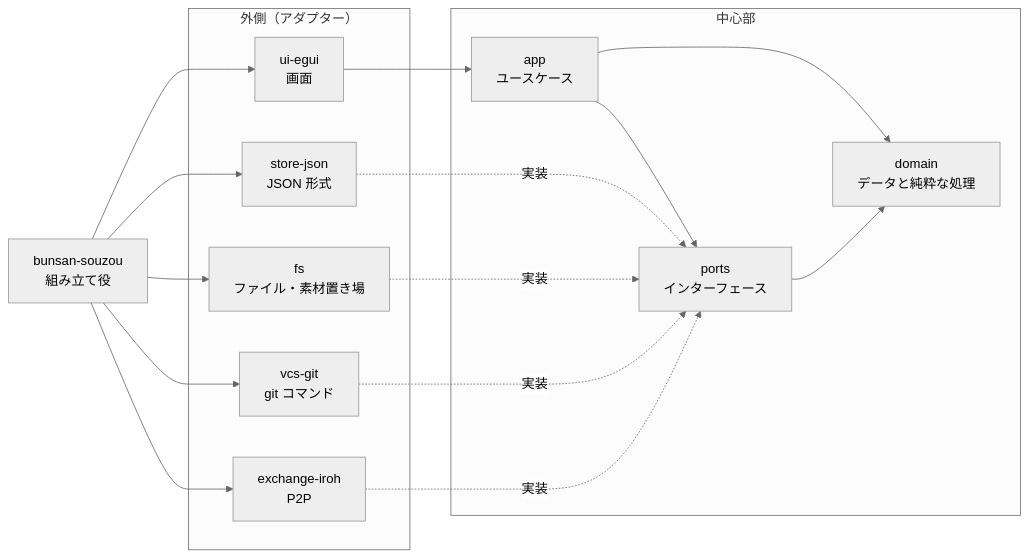
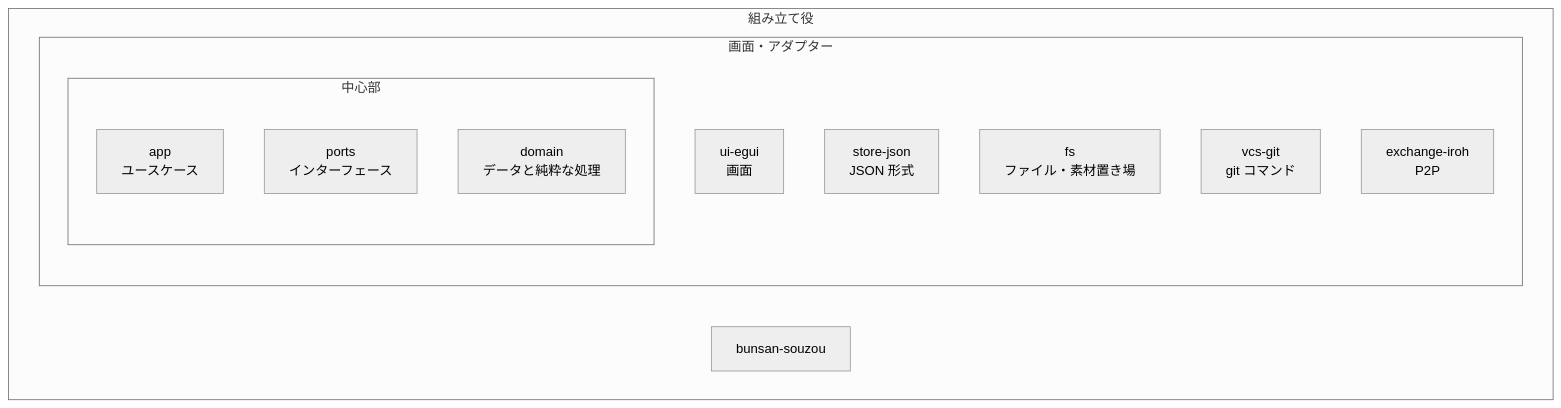
The first of 3 diagrams in docs/design/architecture.md (ko-ichimo-ri/bunsan_souzou), drawn with Mermaid (neutral theme) before and after one commit. The commit also changed other lines of this file and 2 other files, not shown here.

Commit message:
設計書：層の図と矢印の図を分け、依存と呼び出しの向きを凡例とコード例で示す

````diff
--- a/docs/design/architecture.md
+++ b/docs/design/architecture.md
@@ -14,28 +14,18 @@
 ```mermaid
-flowchart LR
-    subgraph 外側["外側（アダプター）"]
-        UI[ui-egui<br/>画面]
-        JSON[store-json<br/>JSON 形式]
-        FS[fs<br/>ファイル・素材置き場]
-        GIT[vcs-git<br/>git コマンド]
-        IROH[exchange-iroh<br/>P2P]
+flowchart TB
+    subgraph L3["組み立て役"]
+        BIN[bunsan-souzou]
+        subgraph L2["画面・アダプター"]
+            UI[ui-egui<br/>画面]
+            JSON[store-json<br/>JSON 形式]
+            FS[fs<br/>ファイル・素材置き場]
+            GIT[vcs-git<br/>git コマンド]
+            IROH[exchange-iroh<br/>P2P]
+            subgraph L1["中心部"]
+                APP[app<br/>ユースケース]
+                PORTS[ports<br/>インターフェース]
+                DOMAIN[domain<br/>データと純粋な処理]
+            end
+        end
     end
-    subgraph 中心["中心部"]
-        APP[app<br/>ユースケース]
-        PORTS[ports<br/>インターフェース]
-        DOMAIN[domain<br/>データと純粋な処理]
-    end
-    UI --> APP
-    APP --> PORTS
-    APP --> DOMAIN
-    PORTS --> DOMAIN
-    JSON -. 実装 .-> PORTS
-    FS -. 実装 .-> PORTS
-    GIT -. 実装 .-> PORTS
-    IROH -. 実装 .-> PORTS
-    BIN[bunsan-souzou<br/>組み立て役] --> UI
-    BIN --> JSON
-    BIN --> FS
-    BIN --> GIT
-    BIN --> IROH
 ```
````
